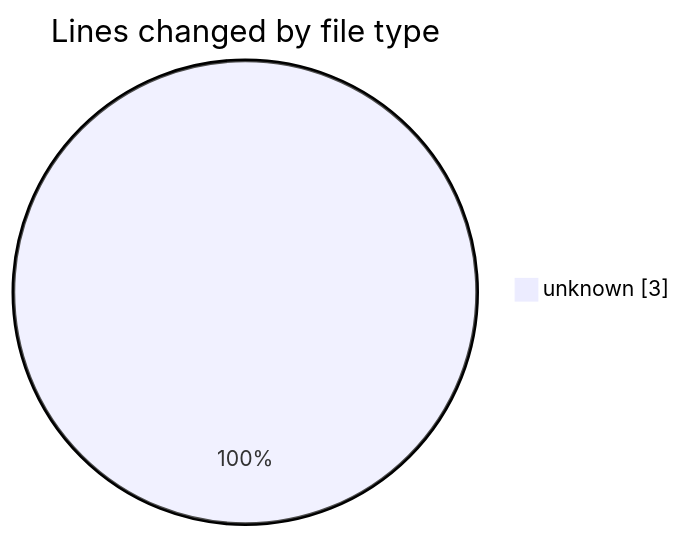
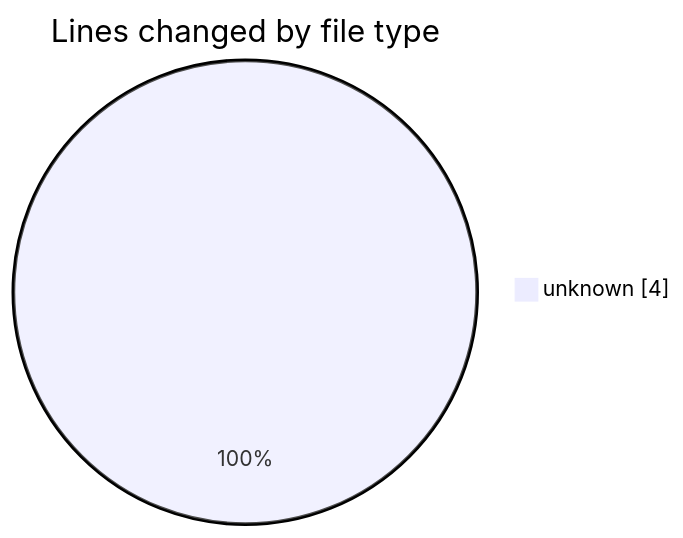
The first of 2 diagrams in 2025-02-14/cda/README.md (momahboobian/code-tracking), drawn with Mermaid before and after one commit. The commit also changed other lines of this file and 1 other file, not shown here.

````diff
--- a/2025-02-14/cda/README.md
+++ b/2025-02-14/cda/README.md
@@ -20,5 +20,5 @@
 ```mermaid
 pie showData
 title Lines changed by file type
-"unknown" : 3
+"unknown" : 4
 ```
````
